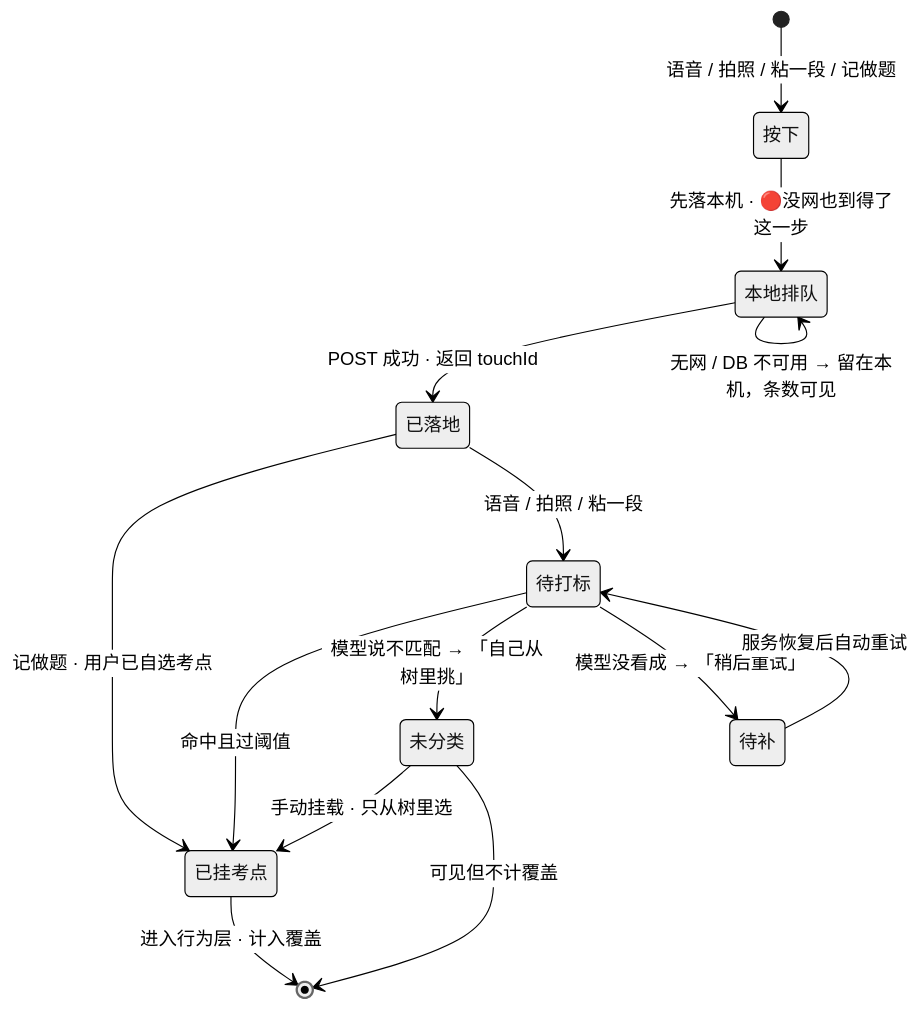
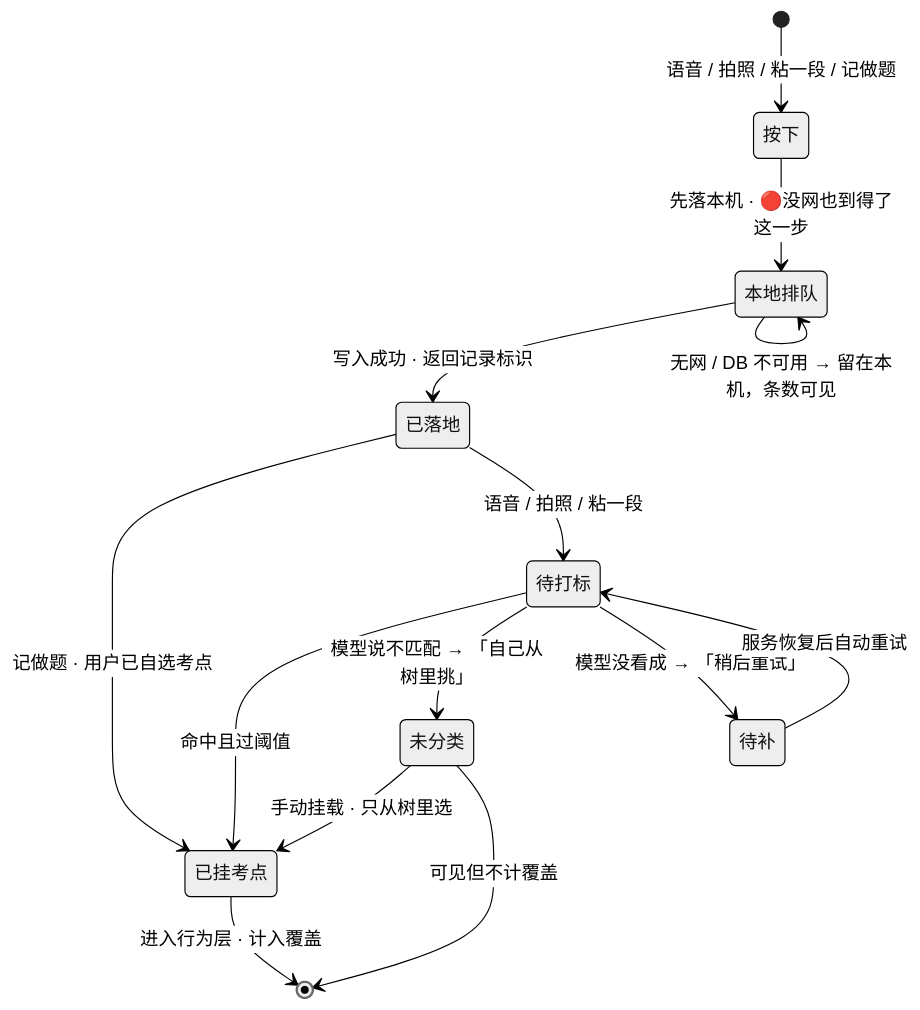
The first of 2 diagrams in docs/product/24-模块B-采集层.md (chenyuanjin/kubic), drawn with Mermaid (neutral theme) before and after one commit. The commit also changed other lines of this file and 20 other files, not shown here.

````diff
--- a/docs/product/24-模块B-采集层.md
+++ b/docs/product/24-模块B-采集层.md
@@ -99,20 +100,20 @@
 ```mermaid
 stateDiagram-v2
     [*] --> 按下: 语音 / 拍照 / 粘一段 / 记做题
     按下 --> 本地排队: 先落本机 · 🔴没网也到得了这一步
-    本地排队 --> 已落地: POST 成功 · 返回 touchId
+    本地排队 --> 已落地: 写入成功 · 返回记录标识
     本地排队 --> 本地排队: 无网 / DB 不可用 → 留在本机，条数可见
 
     已落地 --> 已挂考点: 记做题 · 用户已自选考点
     已落地 --> 待打标: 语音 / 拍照 / 粘一段
 
     待打标 --> 已挂考点: 命中且过阈值
     待打标 --> 未分类: 模型说不匹配 → 「自己从树里挑」
     待打标 --> 待补: 模型没看成 → 「稍后重试」
 
     未分类 --> 已挂考点: 手动挂载 · 只从树里选
     待补 --> 待打标: 服务恢复后自动重试
 
     已挂考点 --> [*]: 进入行为层 · 计入覆盖
     未分类 --> [*]: 可见但不计覆盖
 ```
````
